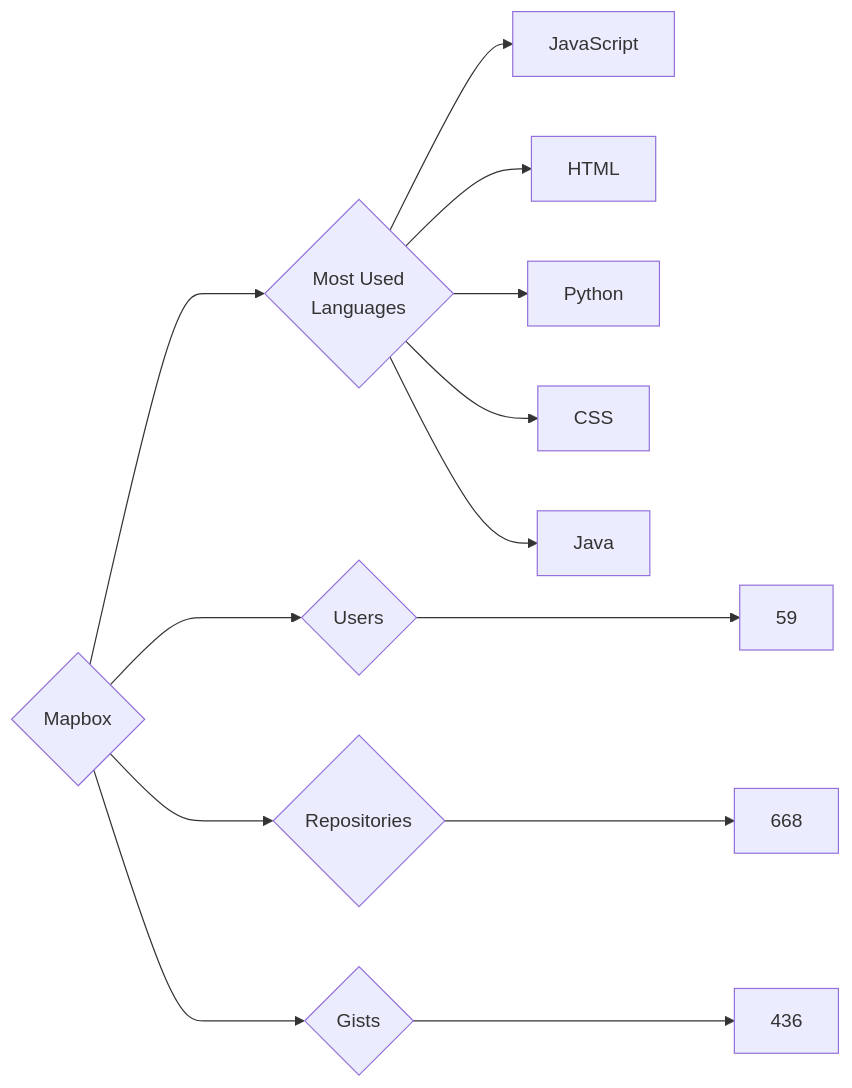
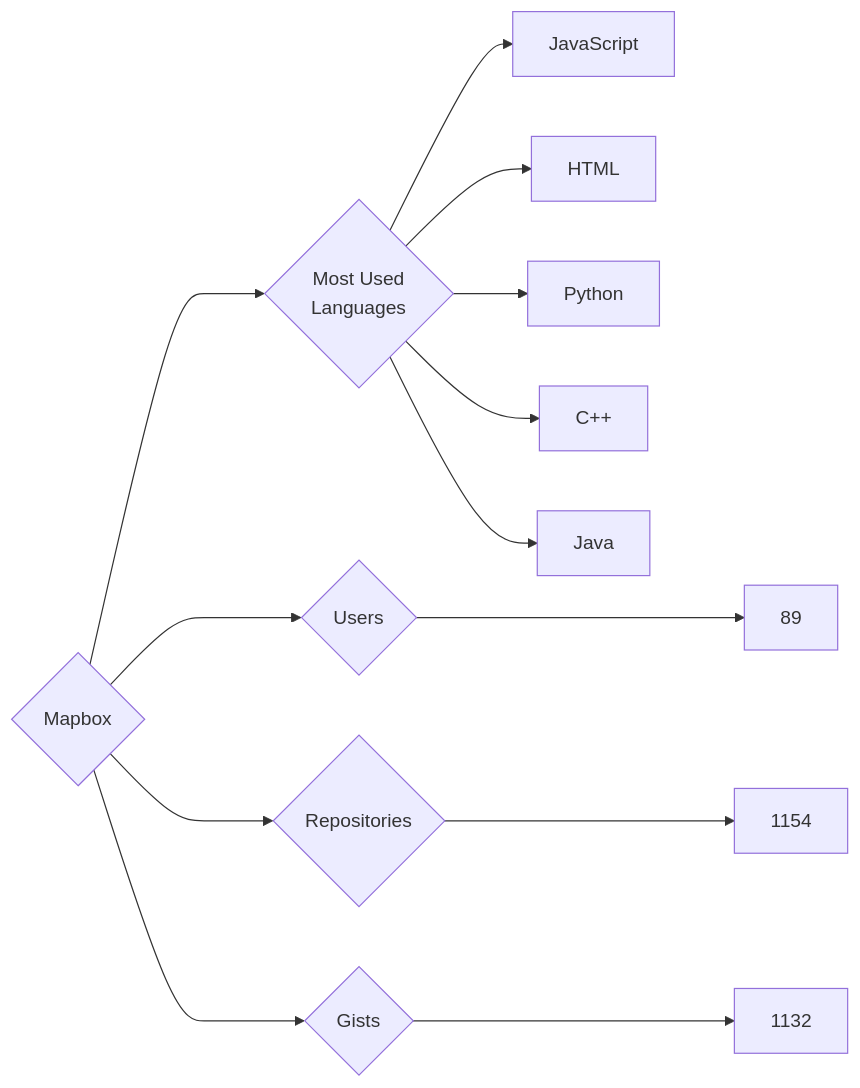
One commit to trickest/insiders changed the diagram in targets/Mapbox/README.md. Above: the diagram before and after it, drawn with Mermaid. The commit also changed 796 other files, not shown here.

````diff
--- a/targets/Mapbox/README.md
+++ b/targets/Mapbox/README.md
@@ -3,13 +3,13 @@
 ```mermaid
 graph LR
 COMPANY_NAME{Mapbox}
-COMPANY_NAME ---> U{Users} ---> UN[59]
-COMPANY_NAME ---> R{Repositories} ---> RN[668]
-COMPANY_NAME ---> G{Gists} ---> GN[436]
+COMPANY_NAME ---> U{Users} ---> UN[89]
+COMPANY_NAME ---> R{Repositories} ---> RN[1154]
+COMPANY_NAME ---> G{Gists} ---> GN[1132]
 COMPANY_NAME ---> ML{Most Used<br>Languages}
 ML --> JavaScript[JavaScript]
 ML --> HTML[HTML]
 ML --> Python[Python]
-ML --> CSS[CSS]
+ML --> C++[C++]
 ML --> Java[Java]
 ```
````
